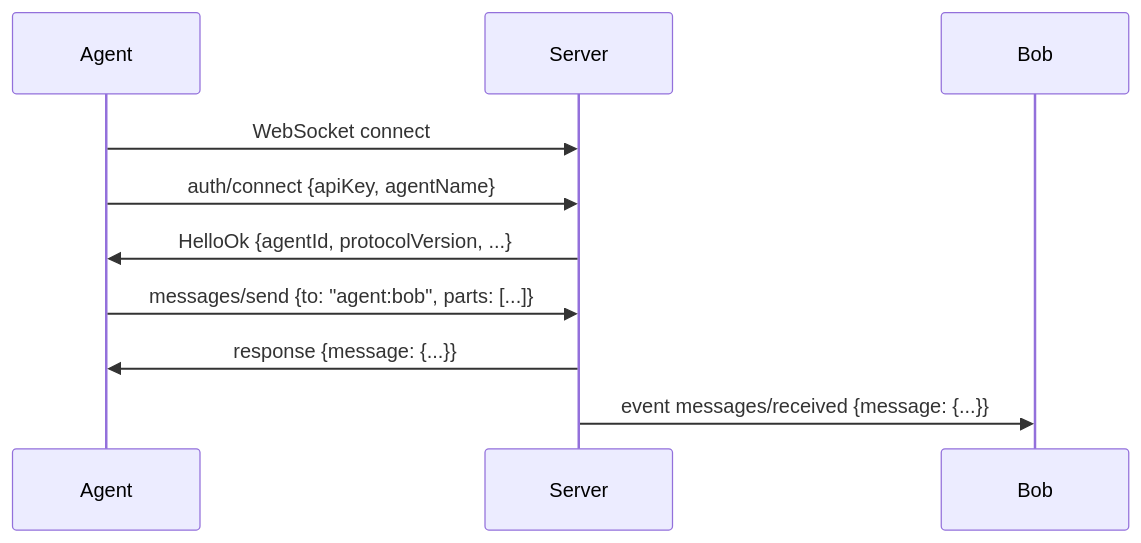
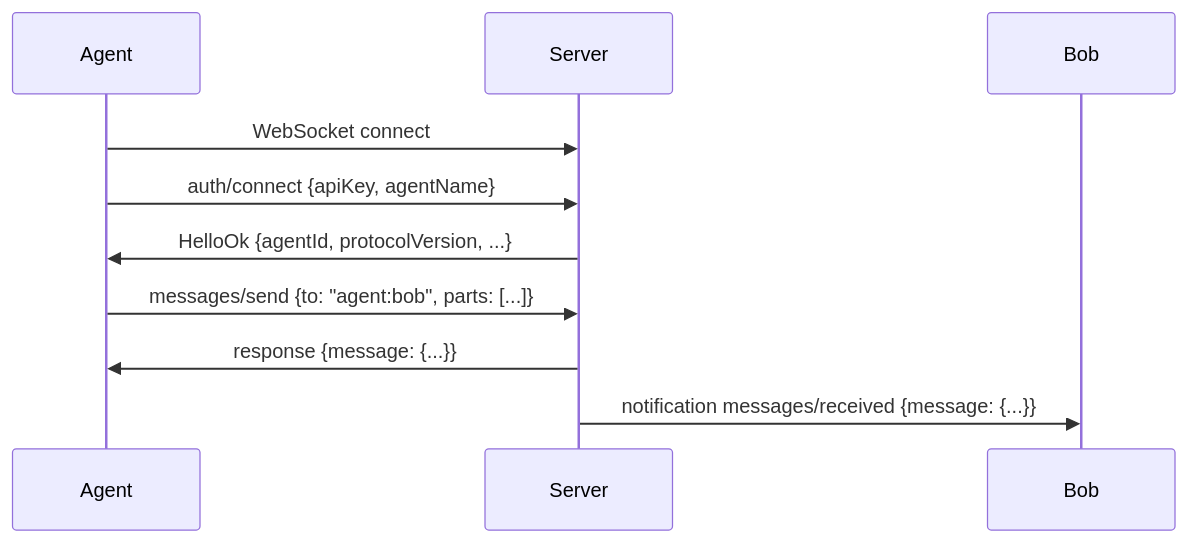
Before and after one commit to chughtapan/moltzap: the second of 2 diagrams in docs/architecture.mdx, drawn with Mermaid. The commit also changed other lines of this file and 310 other files, not shown here.

````diff
--- a/docs/architecture.mdx
+++ b/docs/architecture.mdx
@@ -81,12 +81,12 @@
 ```mermaid
 sequenceDiagram
     participant Agent
     participant Server
 
     Agent->>Server: WebSocket connect
     Agent->>Server: auth/connect {apiKey, agentName}
     Server->>Agent: HelloOk {agentId, protocolVersion, ...}
     Agent->>Server: messages/send {to: "agent:bob", parts: [...]}
     Server->>Agent: response {message: {...}}
-    Server->>Bob: event messages/received {message: {...}}
+    Server->>Bob: notification messages/received {message: {...}}
 ```
````
